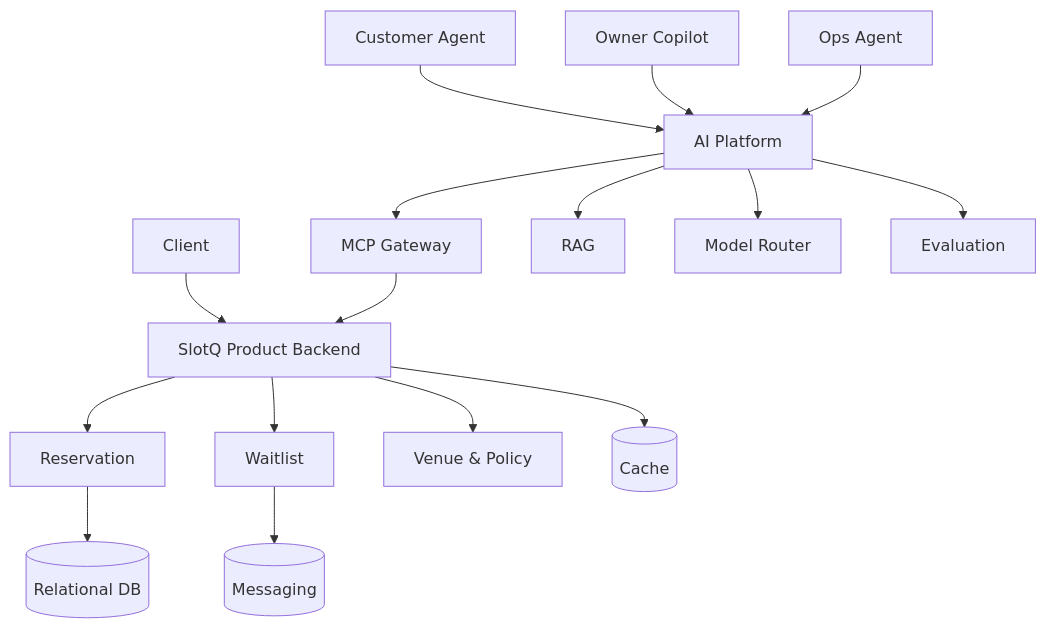
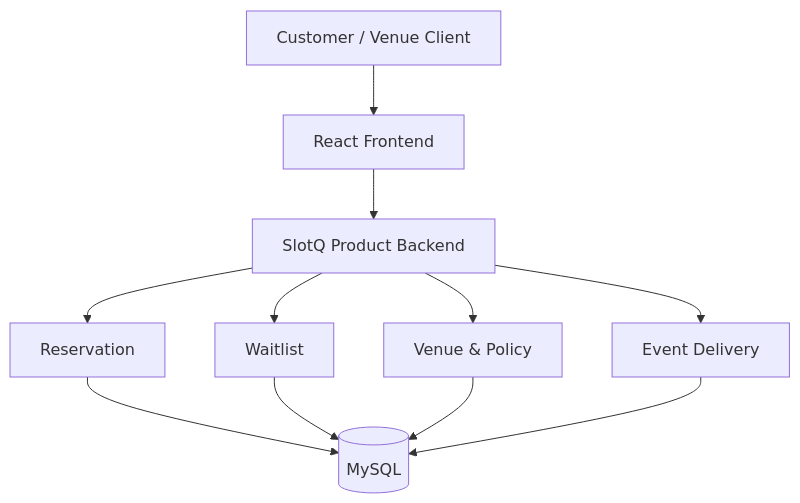
The third of 4 diagrams in README.md (krestar/slotq), drawn with Mermaid before and after one commit. The commit also changed other lines of this file, not shown here.

````diff
--- a/README.md
+++ b/README.md
@@ -151,23 +141,15 @@
 ```mermaid
 flowchart TB
-    Client[Client] --> Product[SlotQ Product Backend]
+    Client[Customer / Venue Client] --> Frontend[React Frontend]
+    Frontend --> Product[SlotQ Product Backend]
 
     Product --> Reservation[Reservation]
     Product --> Waitlist[Waitlist]
     Product --> Venue[Venue & Policy]
+    Product --> Delivery[Event Delivery]
 
-    Reservation --> DB[(Relational DB)]
-    Waitlist --> Messaging[(Messaging)]
-    Product --> Cache[(Cache)]
-
-    CustomerAgent[Customer Agent] --> AI[AI Platform]
-    OwnerCopilot[Owner Copilot] --> AI
-    OpsAgent[Ops Agent] --> AI
-
-    AI --> MCP[MCP Gateway]
-    AI --> RAG[RAG]
-    AI --> Router[Model Router]
-    AI --> Eval[Evaluation]
-
-    MCP --> Product
+    Reservation --> DB[(MySQL)]
+    Waitlist --> DB
+    Venue --> DB
+    Delivery --> DB
 ```
````
